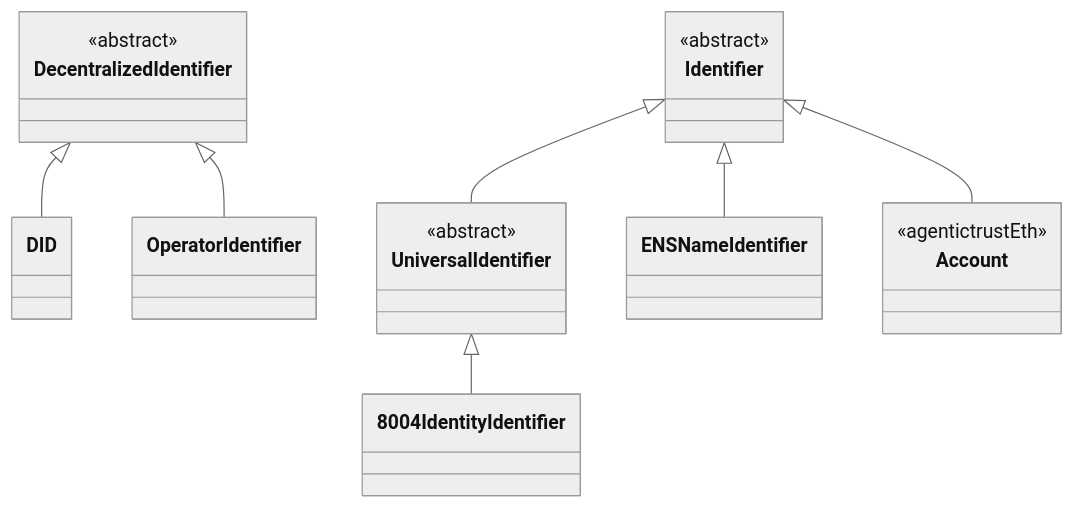
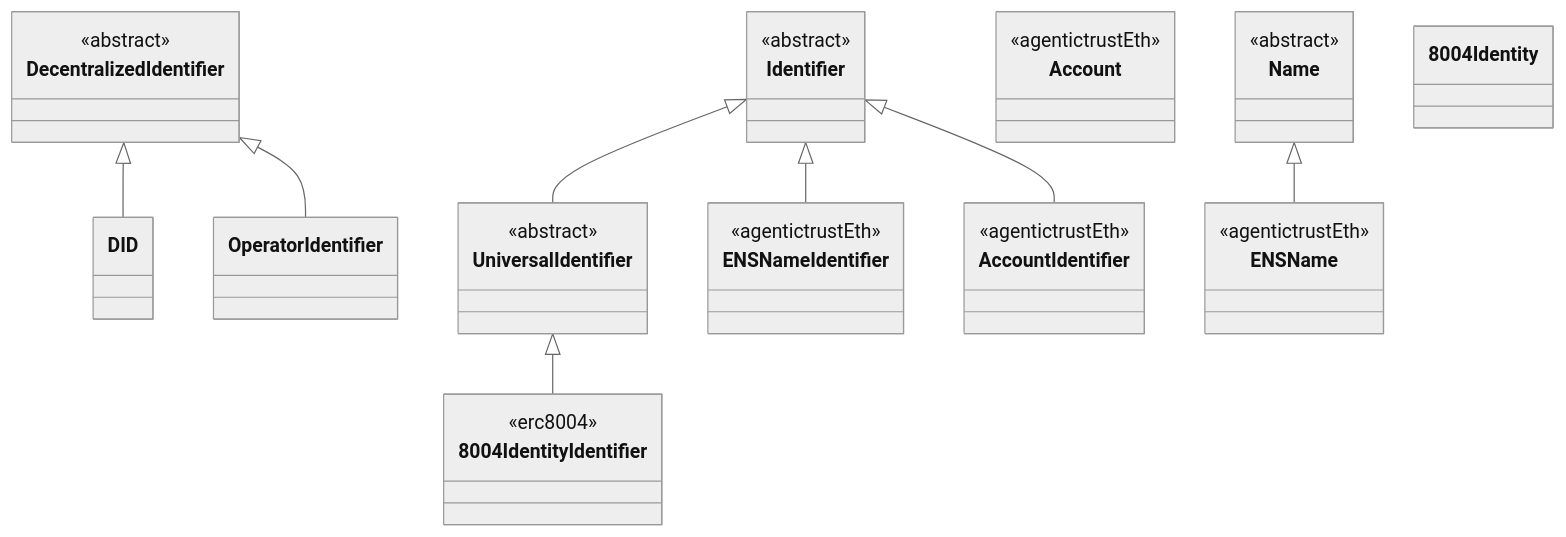
The first of 3 diagrams in docs/ontology/identifiers.md (Agentic-Trust-Layer/agent-explorer), drawn with Mermaid (neutral theme) before and after one commit. The commit also changed other lines of this file and 16 other files, not shown here.

````diff
--- a/docs/ontology/identifiers.md
+++ b/docs/ontology/identifiers.md
@@ -16,30 +37,44 @@
 ```mermaid
 classDiagram
     class Identifier {
         <<abstract>>
     }
     class UniversalIdentifier {
         <<abstract>>
     }
     class DecentralizedIdentifier {
         <<abstract>>
     }
     class DID {
     }
     class OperatorIdentifier {
     }
     class 8004IdentityIdentifier {
+        <<erc8004>>
     }
     class ENSNameIdentifier {
+        <<agentictrustEth>>
+    }
+    class AccountIdentifier {
+        <<agentictrustEth>>
     }
     class Account {
         <<agentictrustEth>>
     }
+    class Name {
+        <<abstract>>
+    }
+    class ENSName {
+        <<agentictrustEth>>
+    }
+    class 8004Identity {
+    }
     
     Identifier <|-- UniversalIdentifier
     Identifier <|-- ENSNameIdentifier
-    Identifier <|-- Account
+    Identifier <|-- AccountIdentifier
+    UniversalIdentifier <|-- 8004IdentityIdentifier
     DecentralizedIdentifier <|-- DID
     DecentralizedIdentifier <|-- OperatorIdentifier
-    UniversalIdentifier <|-- 8004IdentityIdentifier
+    Name <|-- ENSName
 ```
````
